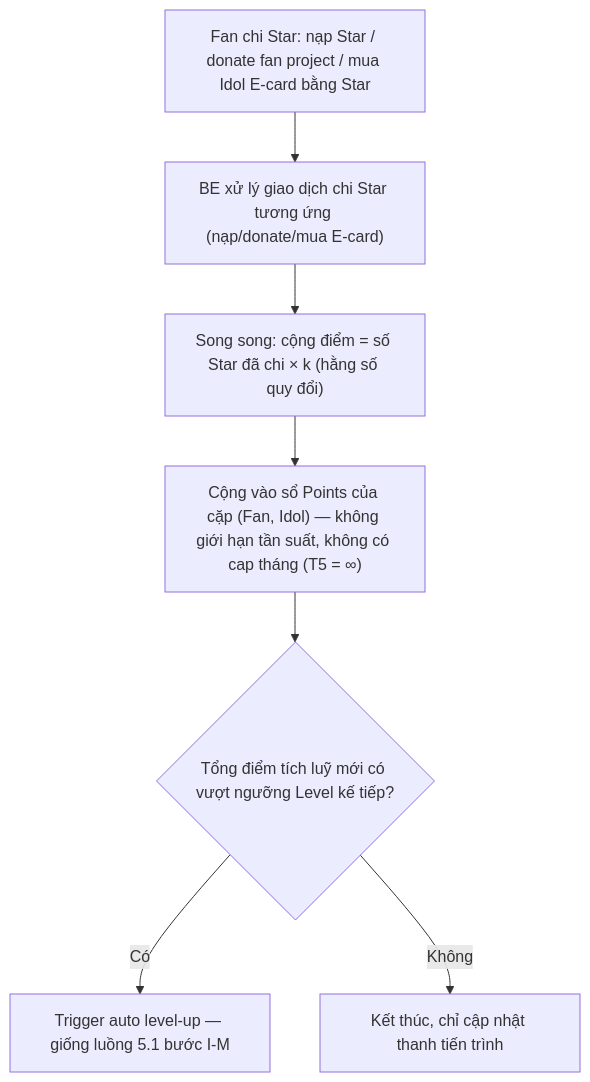
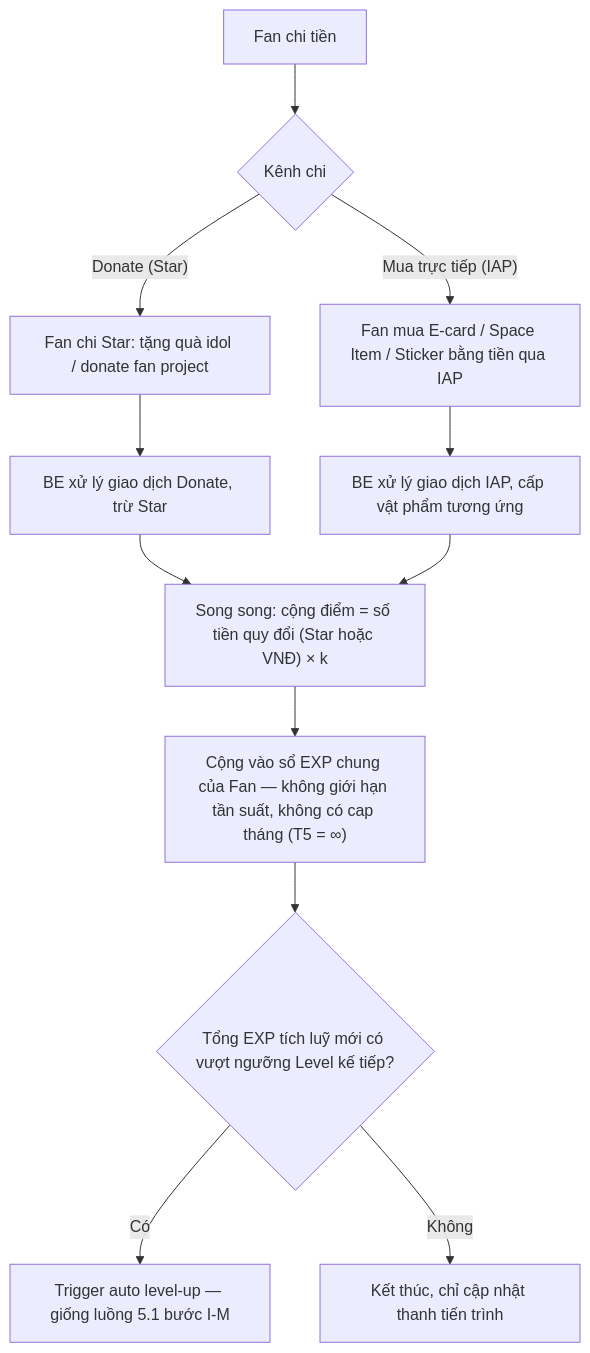
Before and after one commit to chrishieu/fana-analysis: the second of 2 diagrams in FSD_mvp2_Ranking_Point_System.md, drawn with Mermaid. The commit also changed other lines of this file and 1 other file, not shown here.

Commit message:
Refactor FSD for MVP2: Update ranking and point system to use EXP instead of Points, unify EXP accumulation across all idols, and clarify monetary transactions for EXP rewards. Adjust user stories, backend logic, and tier catalog accordingly.

````diff
--- a/FSD_mvp2_Ranking_Point_System.md
+++ b/FSD_mvp2_Ranking_Point_System.md
@@ -104,9 +98,16 @@
 ```mermaid
 flowchart TD
-    A["Fan chi Star: nạp Star / donate fan project / mua Idol E-card bằng Star"] --> B["BE xử lý giao dịch chi Star tương ứng (nạp/donate/mua E-card)"]
-    B --> C["Song song: cộng điểm = số Star đã chi × k (hằng số quy đổi)"]
-    C --> D["Cộng vào sổ Points của cặp (Fan, Idol) — không giới hạn tần suất, không có cap tháng (T5 = ∞)"]
-    D --> E{"Tổng điểm tích luỹ mới có vượt ngưỡng Level kế tiếp?"}
-    E -- Có --> F[Trigger auto level-up — giống luồng 5.1 bước I-M]
-    E -- Không --> G[Kết thúc, chỉ cập nhật thanh tiến trình]
+    A["Fan chi tiền"] --> B{"Kênh chi"}
+    B -- "Donate (Star)" --> C1["Fan chi Star: tặng quà idol / donate fan project"]
+    B -- "Mua trực tiếp (IAP)" --> C2["Fan mua E-card / Space Item / Sticker bằng tiền qua IAP"]
+
+    C1 --> D["BE xử lý giao dịch Donate, trừ Star"]
+    C2 --> E["BE xử lý giao dịch IAP, cấp vật phẩm tương ứng"]
+
+    D --> F["Song song: cộng điểm = số tiền quy đổi (Star hoặc VNĐ) × k"]
+    E --> F
+    F --> G["Cộng vào sổ EXP chung của Fan — không giới hạn tần suất, không có cap tháng (T5 = ∞)"]
+    G --> H{"Tổng EXP tích luỹ mới có vượt ngưỡng Level kế tiếp?"}
+    H -- Có --> I["Trigger auto level-up — giống luồng 5.1 bước I-M"]
+    H -- Không --> J["Kết thúc, chỉ cập nhật thanh tiến trình"]
 ```
````
